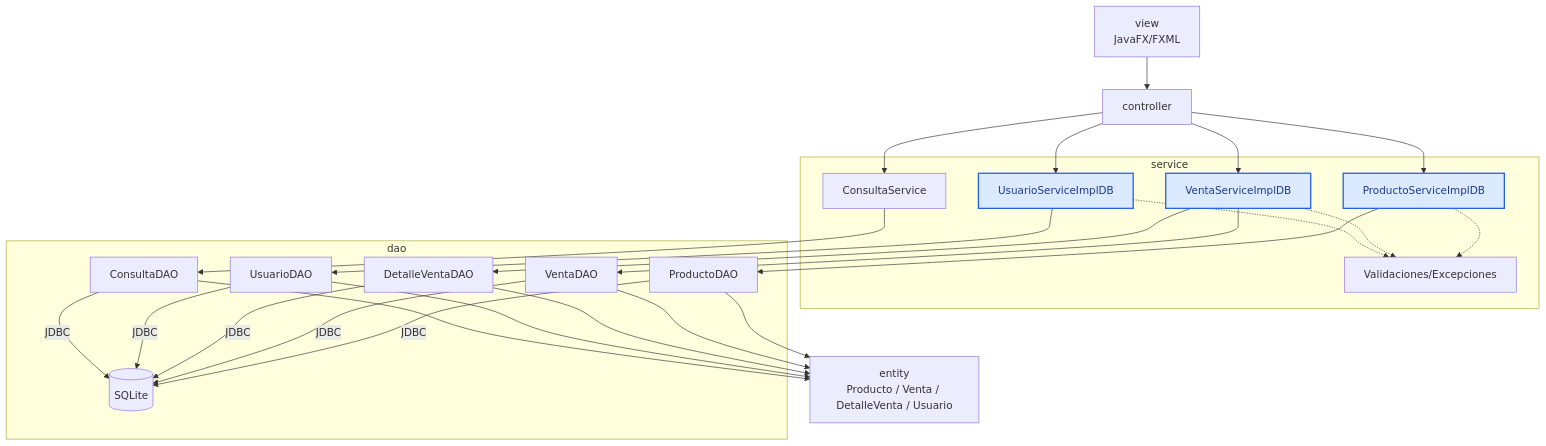
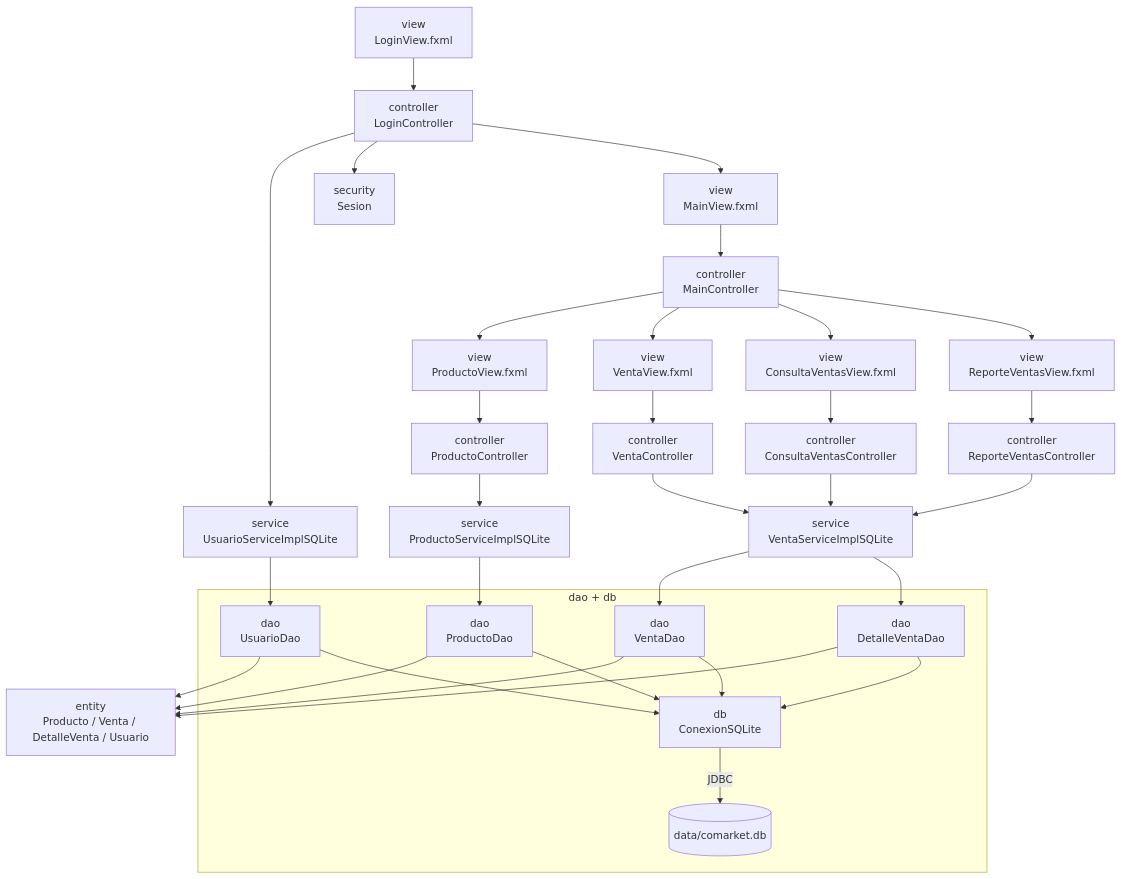
The diagram in docs/S12_Evaluacion_Unidad_2.md (262poo/comarket), drawn with Mermaid before and after one commit. The commit also changed other lines of this file and 13 other files, not shown here.

````diff
--- a/docs/S12_Evaluacion_Unidad_2.md
+++ b/docs/S12_Evaluacion_Unidad_2.md
@@ -53,51 +53,69 @@
 ```mermaid
 flowchart TB
-    Vista["view<br/>JavaFX/FXML"]
-    Controlador["controller"]
+    LoginView["view<br/>LoginView.fxml"]
+    MainView["view<br/>MainView.fxml"]
+    ProductoView["view<br/>ProductoView.fxml"]
+    VentaView["view<br/>VentaView.fxml"]
+    ConsultaView["view<br/>ConsultaVentasView.fxml"]
+    ReporteView["view<br/>ReporteVentasView.fxml"]
 
-    subgraph Servicio["service"]
-        ProductoService["ProductoServiceImplDB"]
-        VentaService["VentaServiceImplDB"]
-        UsuarioService["UsuarioServiceImplDB"]
-        ConsultaService["ConsultaService"]
-        Validaciones["Validaciones/Excepciones"]
+    LoginController["controller<br/>LoginController"]
+    MainController["controller<br/>MainController"]
+    ProductoController["controller<br/>ProductoController"]
+    VentaController["controller<br/>VentaController"]
+    ConsultaController["controller<br/>ConsultaVentasController"]
+    ReporteController["controller<br/>ReporteVentasController"]
+
+    ProductoService["service<br/>ProductoServiceImplSQLite"]
+    VentaService["service<br/>VentaServiceImplSQLite"]
+    UsuarioService["service<br/>UsuarioServiceImplSQLite"]
+    Sesion["security<br/>Sesion"]
+
+    subgraph Persistencia["dao + db"]
+        ProductoDAO["dao<br/>ProductoDao"]
+        VentaDAO["dao<br/>VentaDao"]
+        DetalleDAO["dao<br/>DetalleVentaDao"]
+        UsuarioDAO["dao<br/>UsuarioDao"]
+        Conexion["db<br/>ConexionSQLite"]
+        SQLite[("data/comarket.db")]
     end
 
     Entidades["entity<br/>Producto / Venta / DetalleVenta / Usuario"]
 
-    subgraph Persistencia["dao"]
-        ProductoDAO["ProductoDAO"]
-        VentaDAO["VentaDAO"]
-        DetalleDAO["DetalleVentaDAO"]
-        UsuarioDAO["UsuarioDAO"]
-        ConsultaDAO["ConsultaDAO"]
-        SQLite[("SQLite")]
-    end
+    LoginView --> LoginController
+    LoginController --> UsuarioService
+    LoginController --> Sesion
+    LoginController --> MainView
 
-    Vista --> Controlador
-    Controlador --> ProductoService
-    Controlador --> VentaService
-    Controlador --> UsuarioService
-    Controlador --> ConsultaService
-    ProductoService -.-> Validaciones
-    VentaService -.-> Validaciones
-    UsuarioService -.-> Validaciones
+    MainView --> MainController
+    MainController --> ProductoView
+    MainController --> VentaView
+    MainController --> ConsultaView
+    MainController --> ReporteView
+
+    ProductoView --> ProductoController
+    VentaView --> VentaController
+    ConsultaView --> ConsultaController
+    ReporteView --> ReporteController
+
+    ProductoController --> ProductoService
+    VentaController --> VentaService
+    ConsultaController --> VentaService
+    ReporteController --> VentaService
+
+    UsuarioService --> UsuarioDAO
     ProductoService --> ProductoDAO
     VentaService --> VentaDAO
     VentaService --> DetalleDAO
-    UsuarioService --> UsuarioDAO
-    ConsultaService --> ConsultaDAO
+
     ProductoDAO --> Entidades
     VentaDAO --> Entidades
     DetalleDAO --> Entidades
     UsuarioDAO --> Entidades
-    ConsultaDAO --> Entidades
-    ProductoDAO -->|"JDBC"| SQLite
-    VentaDAO -->|"JDBC"| SQLite
-    DetalleDAO -->|"JDBC"| SQLite
-    UsuarioDAO -->|"JDBC"| SQLite
-    ConsultaDAO -->|"JDBC"| SQLite
 
-    classDef serviceImpl fill:#dbeafe,stroke:#2563eb,stroke-width:2px,color:#1e3a8a;
-    class ProductoService,VentaService,UsuarioService serviceImpl;
+    UsuarioDAO --> Conexion
+    ProductoDAO --> Conexion
+    VentaDAO --> Conexion
+    DetalleDAO --> Conexion
+    Conexion -->|"JDBC"| SQLite
 ```
````
